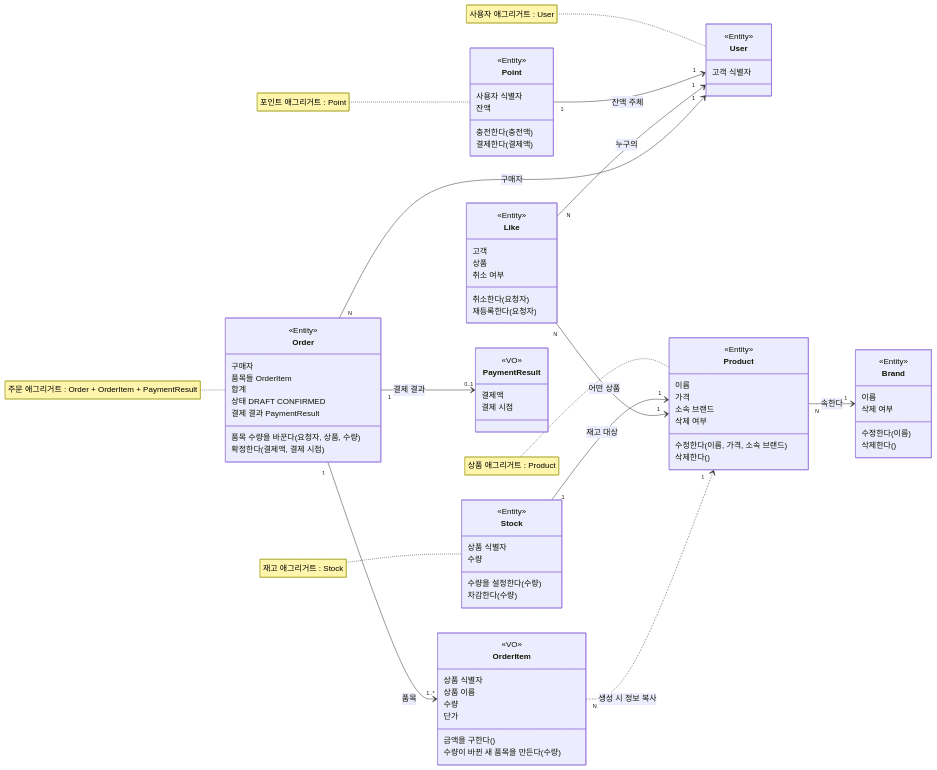
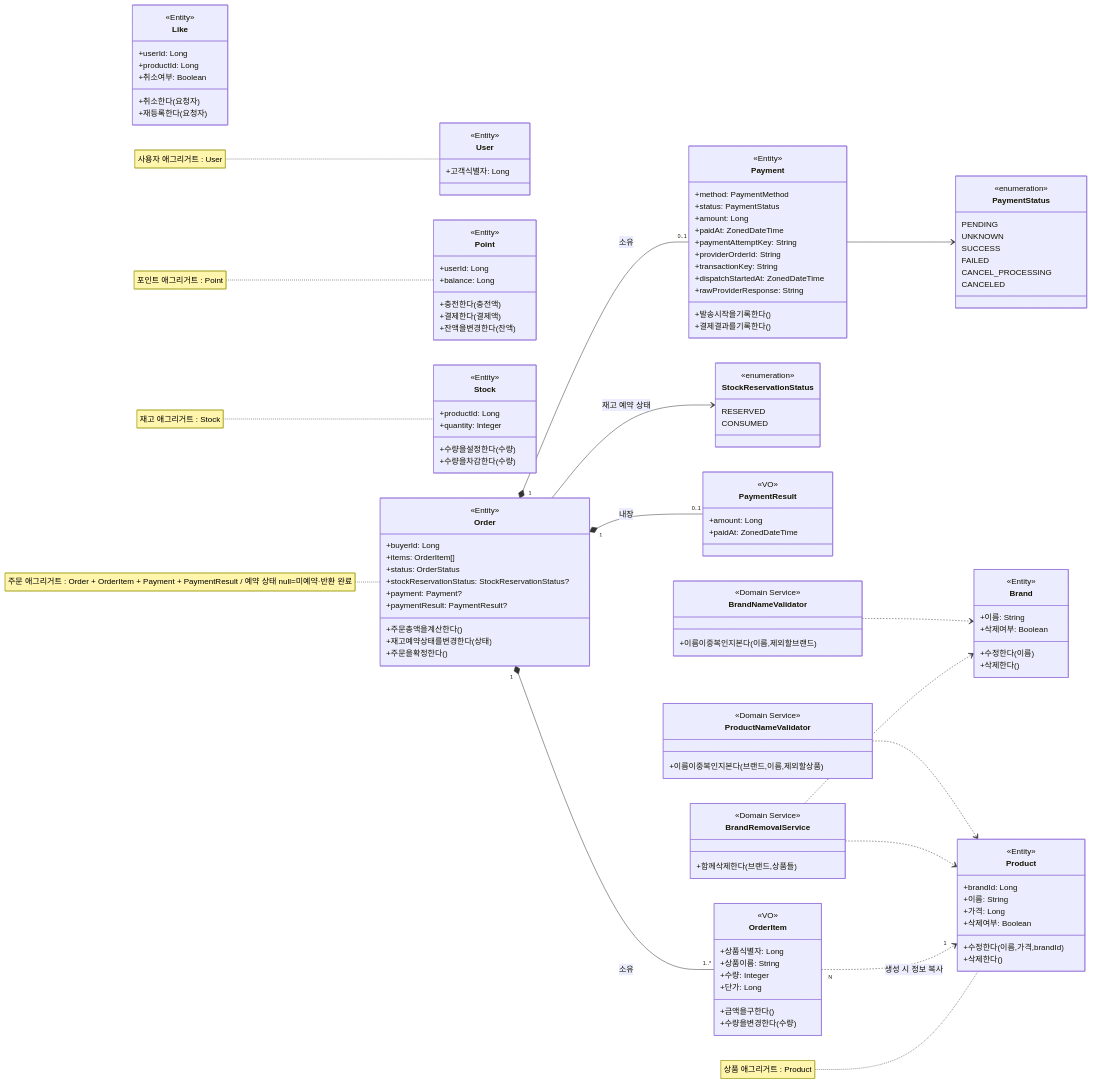
Before and after one commit to jeongye01/loop-pack-be-l2-vol5-java: the diagram in docs/week2/domain-relations.md, drawn with Mermaid. The commit also changed other lines of this file and 85 other files, not shown here.

````diff
--- a/docs/week2/domain-relations.md
+++ b/docs/week2/domain-relations.md
@@ -16,84 +4,130 @@
 
     class User {
         <<Entity>>
-        고객 식별자
+        +고객식별자: Long
     }
     class Point {
         <<Entity>>
-        사용자 식별자
-        잔액
-        충전한다(충전액)
-        결제한다(결제액)
+        +userId: Long
+        +balance: Long
+        +충전한다(충전액)
+        +결제한다(결제액)
+        +잔액을변경한다(잔액)
     }
     class Brand {
         <<Entity>>
-        이름
-        삭제 여부
-        수정한다(이름)
-        삭제한다()
+        +이름: String
+        +삭제여부: Boolean
+        +수정한다(이름)
+        +삭제한다()
     }
     class Product {
         <<Entity>>
-        이름
-        가격
-        소속 브랜드
-        삭제 여부
-        수정한다(이름, 가격, 소속 브랜드)
-        삭제한다()
+        +brandId: Long
+        +이름: String
+        +가격: Long
+        +삭제여부: Boolean
+        +수정한다(이름,가격,brandId)
+        +삭제한다()
     }
     class Stock {
         <<Entity>>
-        상품 식별자
-        수량
-        수량을 설정한다(수량)
-        차감한다(수량)
+        +productId: Long
+        +quantity: Integer
+        +수량을설정한다(수량)
+        +수량을차감한다(수량)
     }
     class Like {
         <<Entity>>
-        고객
-        상품
-        취소 여부
-        취소한다(요청자)
-        재등록한다(요청자)
+        +userId: Long
+        +productId: Long
+        +취소여부: Boolean
+        +취소한다(요청자)
+        +재등록한다(요청자)
     }
     class Order {
         <<Entity>>
-        구매자
-        품목들 OrderItem
-        합계
-        상태 DRAFT CONFIRMED
-        결제 결과 PaymentResult
-        품목 수량을 바꾼다(요청자, 상품, 수량)
-        확정한다(결제액, 결제 시점)
+        +buyerId: Long
+        +items: OrderItem[]
+        +status: OrderStatus
+        +stockReservationStatus: StockReservationStatus?
+        +payment: Payment?
+        +paymentResult: PaymentResult?
+        +주문총액을계산한다()
+        +재고예약상태를변경한다(상태)
+        +주문을확정한다()
     }
     class OrderItem {
         <<VO>>
-        상품 식별자
-        상품 이름
-        수량
-        단가
-        금액을 구한다()
-        수량이 바뀐 새 품목을 만든다(수량)
+        +상품식별자: Long
+        +상품이름: String
+        +수량: Integer
+        +단가: Long
+        +금액을구한다()
+        +수량을변경한다(수량)
+    }
+    class StockReservationStatus {
+        <<enumeration>>
+        RESERVED
+        CONSUMED
     }
     class PaymentResult {
         <<VO>>
-        결제액
-        결제 시점
+        +amount: Long
+        +paidAt: ZonedDateTime
     }
+    class Payment {
+        <<Entity>>
+        +method: PaymentMethod
+        +status: PaymentStatus
+        +amount: Long
+        +paidAt: ZonedDateTime
+        +paymentAttemptKey: String
+        +providerOrderId: String
+        +transactionKey: String
+        +dispatchStartedAt: ZonedDateTime
+        +rawProviderResponse: String
+        +발송시작을기록한다()
+        +결제결과를기록한다()
+    }
+    class PaymentStatus {
+        <<enumeration>>
+        PENDING
+        UNKNOWN
+        SUCCESS
+        FAILED
+        CANCEL_PROCESSING
+        CANCELED
+    }
+    Payment --> PaymentStatus
 
-    Point "1" --> "1" User : 잔액 주체
-    Product "N" --> "1" Brand : 속한다
-    Stock "1" --> "1" Product : 재고 대상
-    Like "N" --> "1" User : 누구의
-    Like "N" --> "1" Product : 어떤 상품
-    Order "N" --> "1" User : 구매자
-    Order "1" --> "1..*" OrderItem : 품목
-    Order "1" --> "0..1" PaymentResult : 결제 결과
+    Order "1" *-- "1..*" OrderItem : 소유
+    Order "1" *-- "0..1" Payment : 소유
+    Order "1" *-- "0..1" PaymentResult : 내장
+    Order --> StockReservationStatus : 재고 예약 상태
     OrderItem "N" ..> "1" Product : 생성 시 정보 복사
 
     note for User "사용자 애그리거트 : User"
     note for Point "포인트 애그리거트 : Point"
     note for Product "상품 애그리거트 : Product"
     note for Stock "재고 애그리거트 : Stock"
-    note for Order "주문 애그리거트 : Order + OrderItem + PaymentResult"
+    note for Order "주문 애그리거트 : Order + OrderItem + Payment + PaymentResult / 예약 상태 null=미예약·반환 완료"
+
+    class BrandRemovalService {
+        <<Domain Service>>
+        +함께삭제한다(브랜드,상품들)
+    }
+    class BrandNameValidator {
+        <<Domain Service>>
+        +이름이중복인지본다(이름,제외할브랜드)
+    }
+    class ProductNameValidator {
+        <<Domain Service>>
+        +이름이중복인지본다(브랜드,이름,제외할상품)
+    }
+
+    BrandRemovalService ..> Brand
+    BrandRemovalService ..> Product
+    BrandNameValidator ..> Brand
+    ProductNameValidator ..> Product
 ```
````
